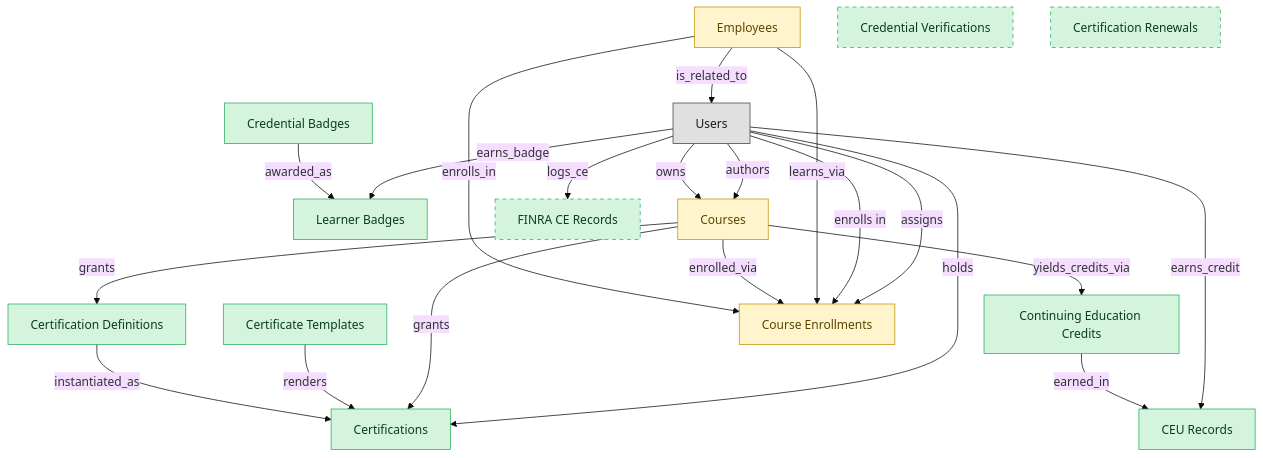
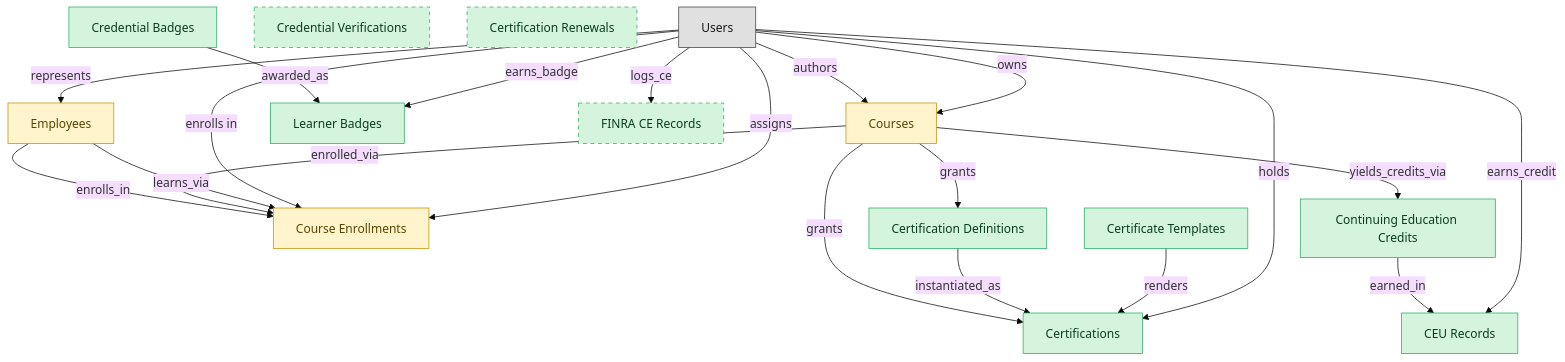
Before and after one commit to IntranetFactory/domain-map: the diagram in catalog/blueprints/lms-credentials-semantic-blueprint.md, drawn with Mermaid (base theme). The commit also changed other lines of this file and 122 other files, not shown here.

````diff
--- a/catalog/blueprints/lms-credentials-semantic-blueprint.md
+++ b/catalog/blueprints/lms-credentials-semantic-blueprint.md
@@ -42,56 +43,56 @@
 ```mermaid
 flowchart TD
   classDef master fill:#d4f4dd,stroke:#27ae60,color:#0b3d20;
   classDef embedded_master fill:#fff4cc,stroke:#c79100,color:#5b4500;
   classDef platform_builtin fill:#e0e0e0,stroke:#424242,color:#1a1a1a;
+  employees["Employees"]
+  courses["Courses"]
+  course_enrollments["Course Enrollments"]
+  learner_certifications["Certifications"]
   certification_definitions["Certification Definitions"]
   certificate_templates["Certificate Templates"]
   credential_badges["Credential Badges"]
   learner_badges["Learner Badges"]
   continuing_education_credits["Continuing Education Credits"]
   ceu_records["CEU Records"]
-  learner_certifications["Certifications"]
-  employees["Employees"]
-  courses["Courses"]
-  course_enrollments["Course Enrollments"]
   finra_ce_records["FINRA CE Records"]
   credential_verifications["Credential Verifications"]
   certification_renewals["Certification Renewals"]
   users["Users"]
+  employees -->|"enrolls_in"| course_enrollments
+  courses -->|"enrolled_via"| course_enrollments
+  courses -->|"grants"| learner_certifications
+  employees -->|"learns_via"| course_enrollments
   certification_definitions -->|"instantiated_as"| learner_certifications
   certificate_templates -->|"renders"| learner_certifications
   credential_badges -->|"awarded_as"| learner_badges
   continuing_education_credits -->|"earned_in"| ceu_records
   courses -->|"grants"| certification_definitions
   courses -->|"yields_credits_via"| continuing_education_credits
-  employees -->|"enrolls_in"| course_enrollments
-  courses -->|"enrolled_via"| course_enrollments
-  courses -->|"grants"| learner_certifications
-  employees -->|"learns_via"| course_enrollments
+  users -->|"represents"| employees
+  users -->|"authors"| courses
   users -->|"owns"| courses
+  users -->|"enrolls in"| course_enrollments
+  users -->|"assigns"| course_enrollments
+  users -->|"holds"| learner_certifications
   users -->|"earns_badge"| learner_badges
   users -->|"earns_credit"| ceu_records
   users -->|"logs_ce"| finra_ce_records
-  employees -->|"is_related_to"| users
-  users -->|"authors"| courses
-  users -->|"enrolls in"| course_enrollments
-  users -->|"assigns"| course_enrollments
-  users -->|"holds"| learner_certifications
+  class employees embedded_master;
+  class courses embedded_master;
+  class course_enrollments embedded_master;
+  class learner_certifications master;
   class certification_definitions master;
   class certificate_templates master;
   class credential_badges master;
   class learner_badges master;
   class continuing_education_credits master;
   class ceu_records master;
-  class learner_certifications master;
-  class employees embedded_master;
-  class courses embedded_master;
-  class course_enrollments embedded_master;
   class finra_ce_records master;
   class credential_verifications master;
   class certification_renewals master;
   class users platform_builtin;
   style finra_ce_records stroke-dasharray:5 5;
   style credential_verifications stroke-dasharray:5 5;
   style certification_renewals stroke-dasharray:5 5;
 ```
````
